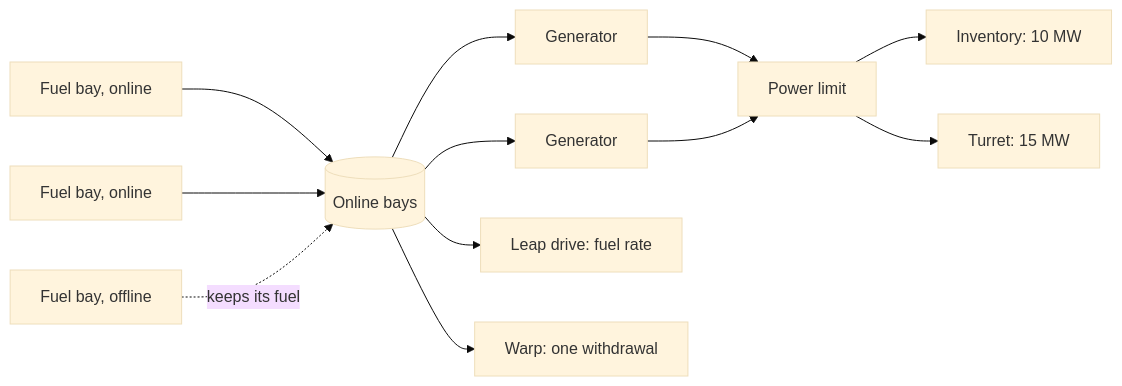
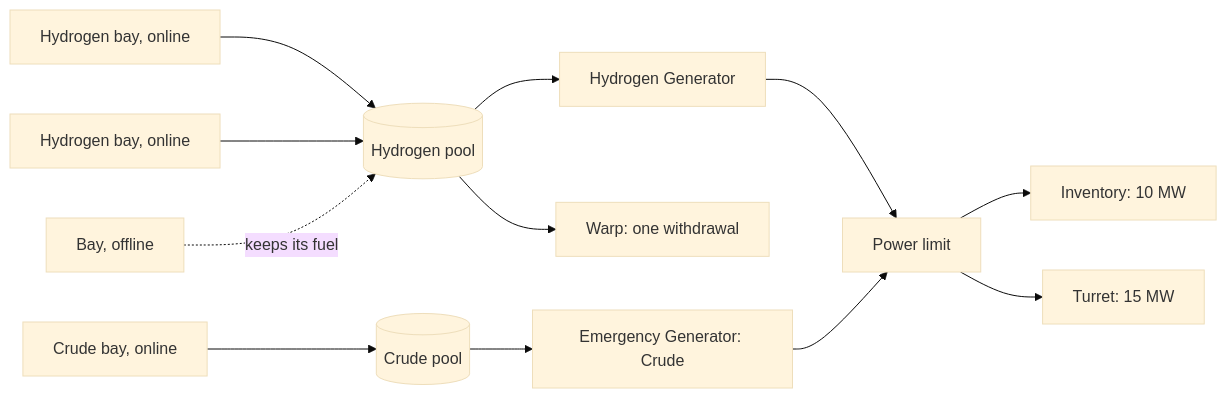
The first of 2 diagrams in docs/adr/0005-onchain-power-network.md (evefrontier/world-contracts), drawn with Mermaid (base theme) before and after one commit. The commit also changed other lines of this file and 5 other files, not shown here.

Commit message:
docs(power): fuel pools in ADR 0005; SDK setGeneratorFuelType and pool integration test

````diff
--- a/docs/adr/0005-onchain-power-network.md
+++ b/docs/adr/0005-onchain-power-network.md
@@ -38,14 +40,14 @@
 ```mermaid
 flowchart LR
-    B1[Fuel bay, online] --> Online[(Online bays)]
-    B2[Fuel bay, online] --> Online
-    B3[Fuel bay, offline] -.keeps its fuel.-> Online
-    Online --> Gen1[Generator]
-    Online --> Gen2[Generator]
-    Online --> Leap[Leap drive: fuel rate]
-    Online --> Warp[Warp: one withdrawal]
+    B1[Hydrogen bay, online] --> H[(Hydrogen pool)]
+    B2[Hydrogen bay, online] --> H
+    B3[Crude bay, online] --> C[(Crude pool)]
+    B4[Bay, offline] -.keeps its fuel.-> H
+    H --> Gen1[Hydrogen Generator]
+    C --> Gen2[Emergency Generator: Crude]
+    H --> Warp[Warp: one withdrawal]
     Gen1 --> Ceiling[Power limit]
     Gen2 --> Ceiling
     Ceiling --> Inventory[Inventory: 10 MW]
     Ceiling --> Turret[Turret: 15 MW]
 ```
````
